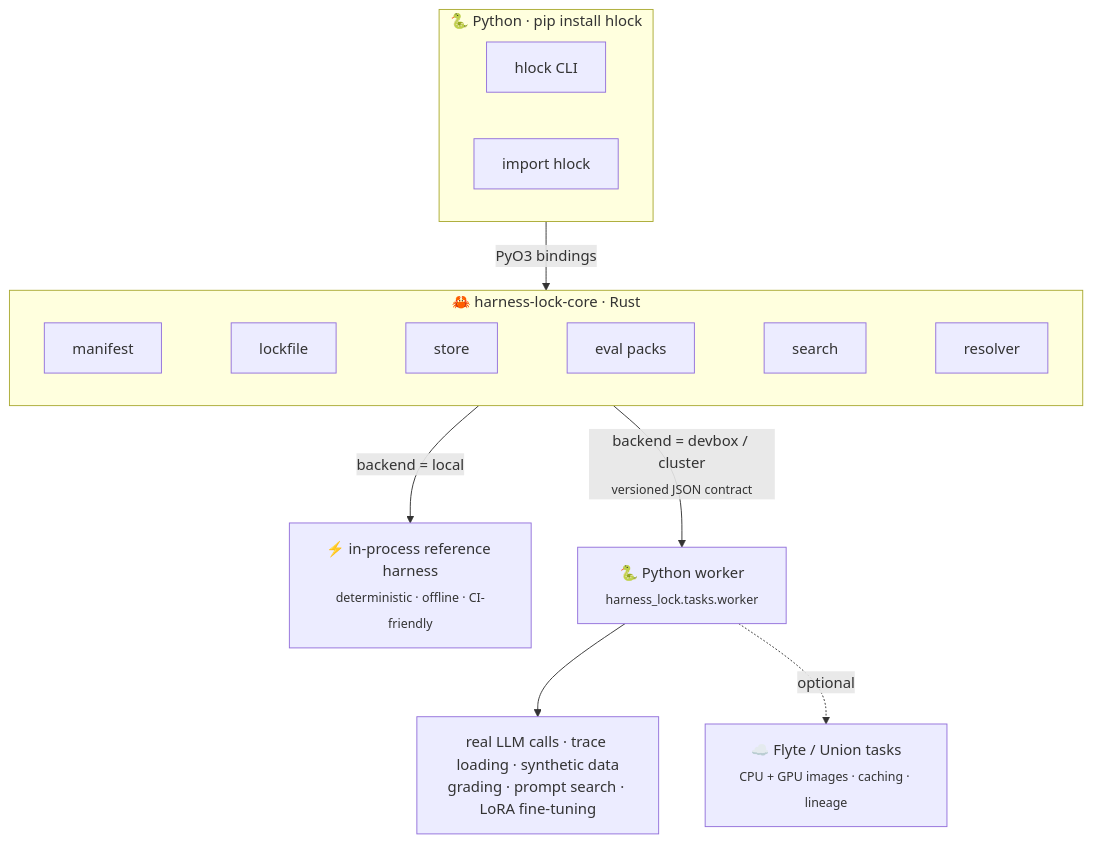
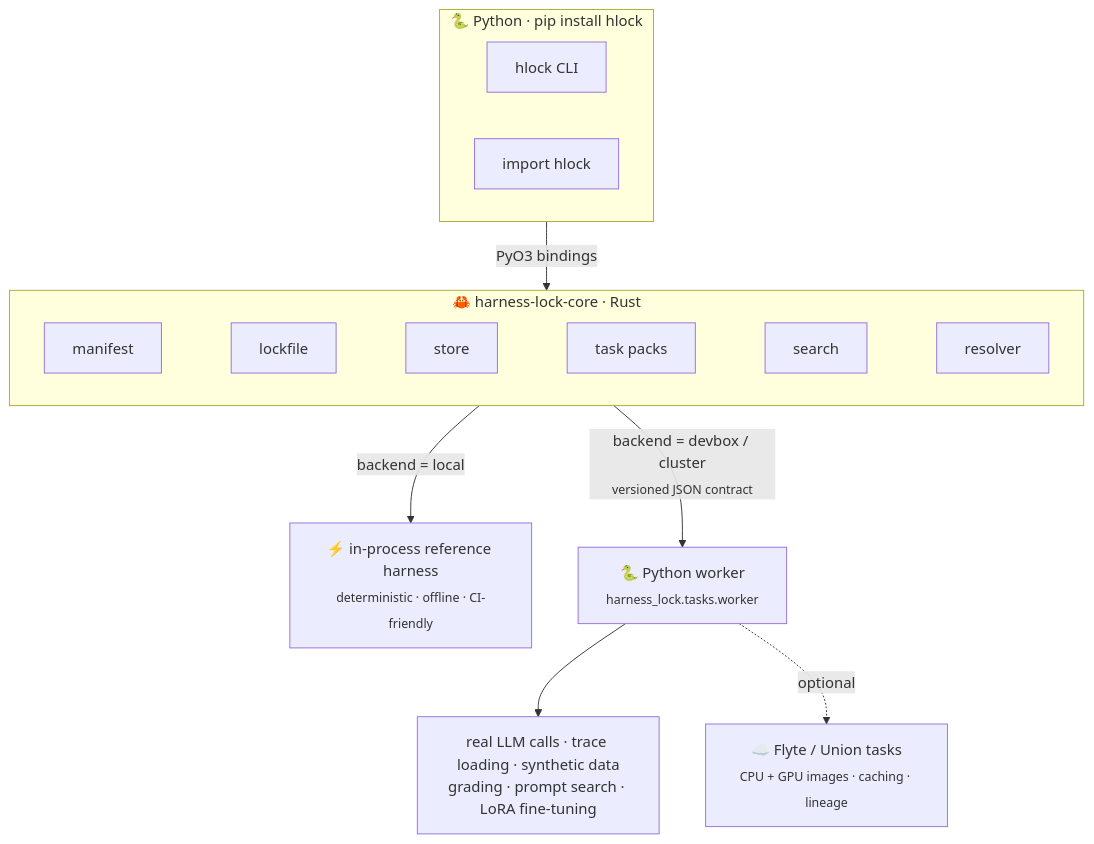
One commit to unionai-oss/hlock changed the diagram in docs/concepts/architecture.md. Above: the diagram before and after it, drawn with Mermaid. The commit also changed other lines of this file and 38 other files, not shown here.

````diff
--- a/docs/concepts/architecture.md
+++ b/docs/concepts/architecture.md
@@ -7,21 +7,21 @@
 ```mermaid
 flowchart TB
     subgraph py["🐍 Python  ·  pip install hlock"]
         direction LR
         CLI["hlock CLI"]
         API["import hlock"]
     end
 
     subgraph core["🦀 harness-lock-core  ·  Rust"]
         direction LR
-        MF["manifest"] ~~~ LK["lockfile"] ~~~ ST["store"] ~~~ TP["eval packs"] ~~~ SR["search"] ~~~ TU["resolver"]
+        MF["manifest"] ~~~ LK["lockfile"] ~~~ ST["store"] ~~~ TP["task packs"] ~~~ SR["search"] ~~~ TU["resolver"]
     end
 
     py -- "PyO3 bindings" --> core
 
     core -- "backend = local" --> LOCAL["⚡ in-process reference harness<br/><sub>deterministic · offline · CI-friendly</sub>"]
     core -- "backend = devbox / cluster<br/><sub>versioned JSON contract</sub>" --> W["🐍 Python worker<br/><sub>harness_lock.tasks.worker</sub>"]
 
     W --> HEAVY["real LLM calls · trace loading · synthetic data<br/>grading · prompt search · LoRA fine-tuning"]
     W -. "optional" .-> FLYTE["☁️ Flyte / Union tasks<br/><sub>CPU + GPU images · caching · lineage</sub>"]
 ```
````
